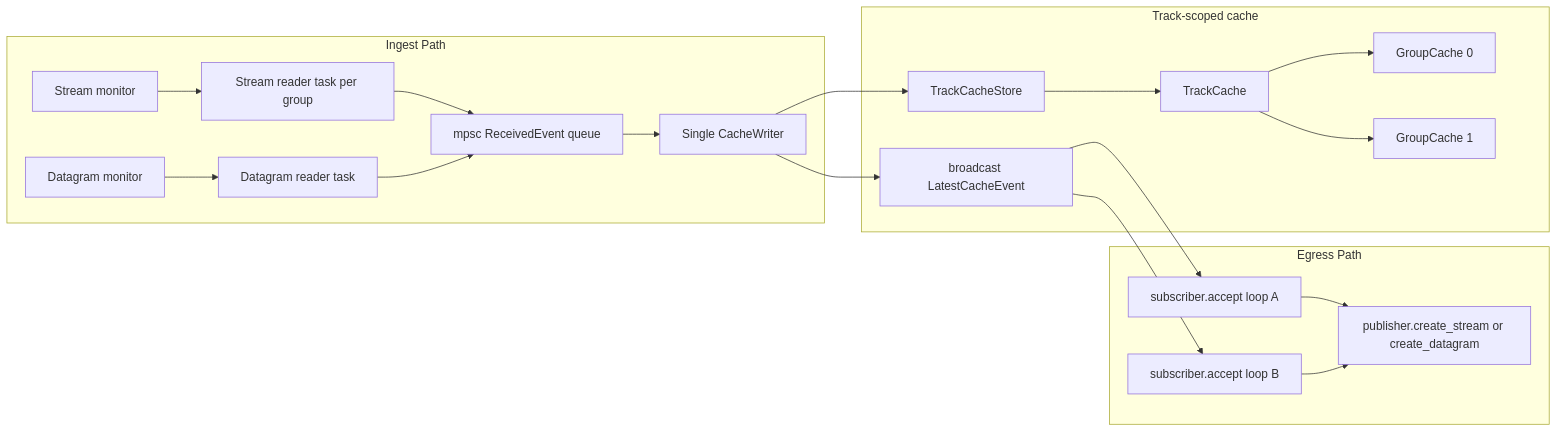
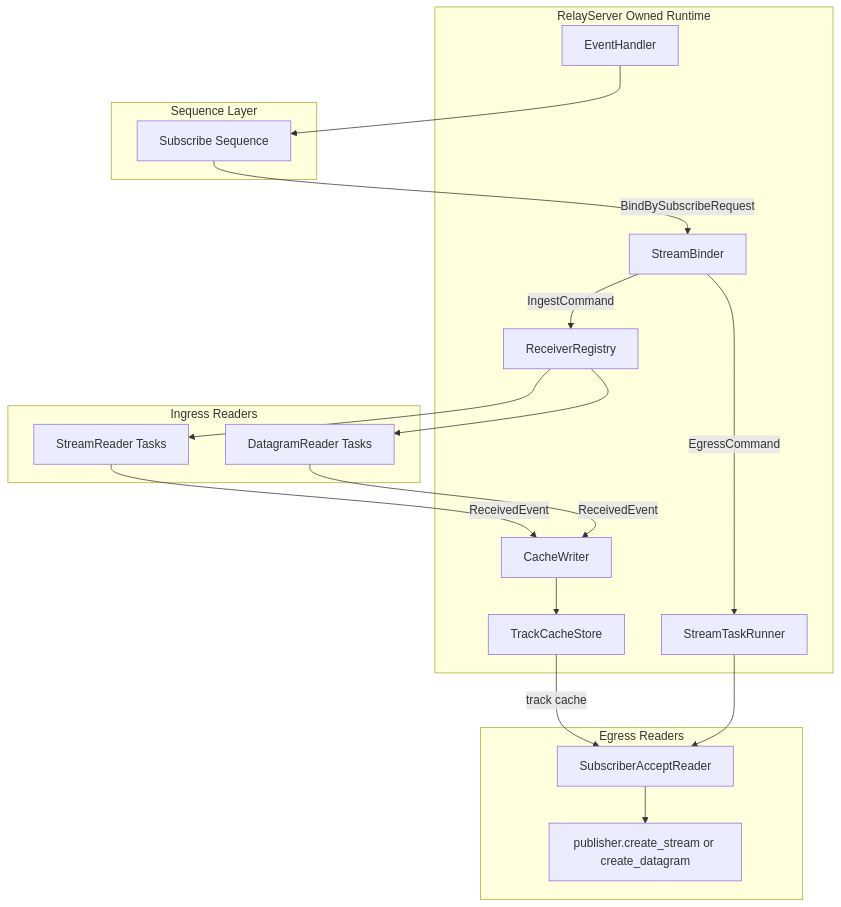
One commit to nttcom/moq-wasm changed the first of 2 diagrams in relay/src/modules/relay/design.md. Above: the diagram before and after it, drawn with Mermaid. The commit also changed other lines of this file and 12 other files, not shown here.

````diff
--- a/relay/src/modules/relay/design.md
+++ b/relay/src/modules/relay/design.md
@@ -209,40 +88,38 @@
 ```mermaid
-flowchart LR
-    subgraph Ingest[Ingest Path]
-        SM[Stream monitor]
-        DM[Datagram monitor]
-        SR[Stream reader task per group]
-        DR[Datagram reader task]
-        Q[mpsc ReceivedEvent queue]
-        W[Single CacheWriter]
-    end
+flowchart TD
+        subgraph Server[RelayServer Owned Runtime]
+                EH[EventHandler]
+                SB[StreamBinder]
+                RR[ReceiverRegistry]
+                CW[CacheWriter]
+                TS[TrackCacheStore]
+                SRN[StreamTaskRunner]
+        end
 
-    subgraph Cache[Track-scoped cache]
-        TS[TrackCacheStore]
-        TC[TrackCache]
-        GC0[GroupCache 0]
-        GC1[GroupCache 1]
-        N[broadcast LatestCacheEvent]
-    end
+        subgraph Sequence[Sequence Layer]
+                SUB[Subscribe Sequence]
+        end
 
-    subgraph Egress[Egress Path]
-        R1[subscriber.accept loop A]
-        R2[subscriber.accept loop B]
-        PA[publisher.create_stream or create_datagram]
-    end
+        subgraph Ingress[Ingress Readers]
+                IR1[StreamReader Tasks]
+                IR2[DatagramReader Tasks]
+        end
 
-    SM --> SR
-    DM --> DR
-    SR --> Q
-    DR --> Q
-    Q --> W
-    W --> TS
-    TS --> TC
-    TC --> GC0
-    TC --> GC1
-    W --> N
-    N --> R1
-    N --> R2
-    R1 --> PA
-    R2 --> PA
+        subgraph Egress[Egress Readers]
+                EAR[SubscriberAcceptReader]
+                PAPI[publisher.create_stream or create_datagram]
+        end
+
+        EH --> SUB
+        SUB -->|BindBySubscribeRequest| SB
+        SB -->|IngestCommand| RR
+        RR --> IR1
+        RR --> IR2
+        IR1 -->|ReceivedEvent| CW
+        IR2 -->|ReceivedEvent| CW
+        CW --> TS
+        TS -->|track cache| EAR
+        EAR --> PAPI
+        SB -->|EgressCommand| SRN
+        SRN --> EAR
 ```
````
